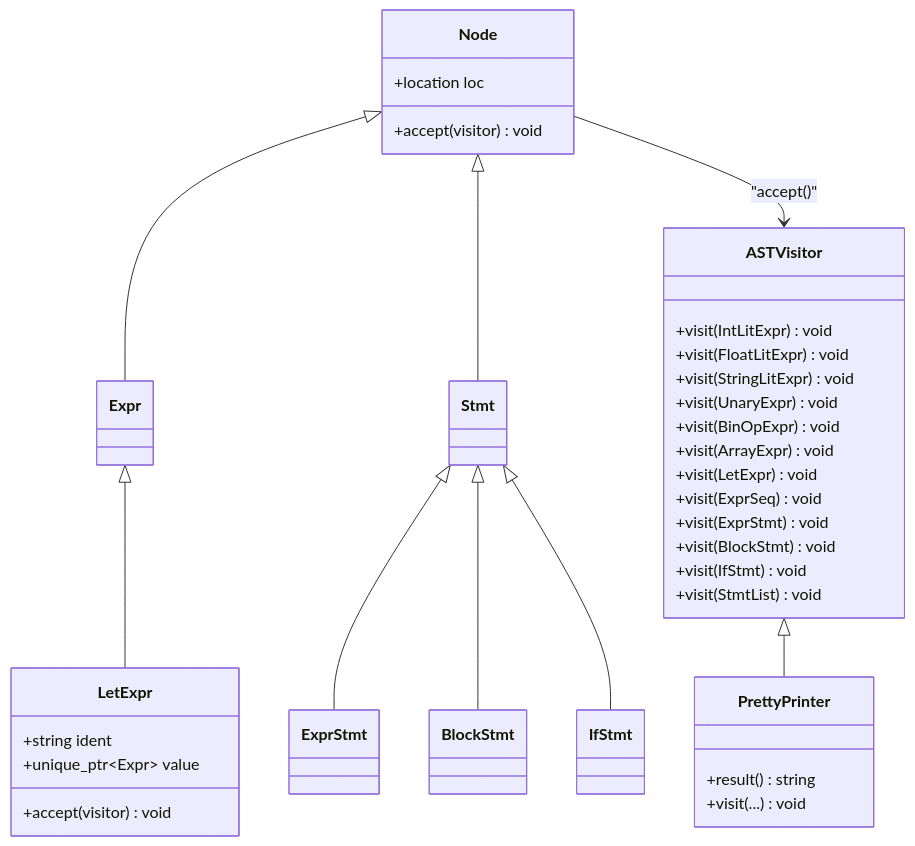
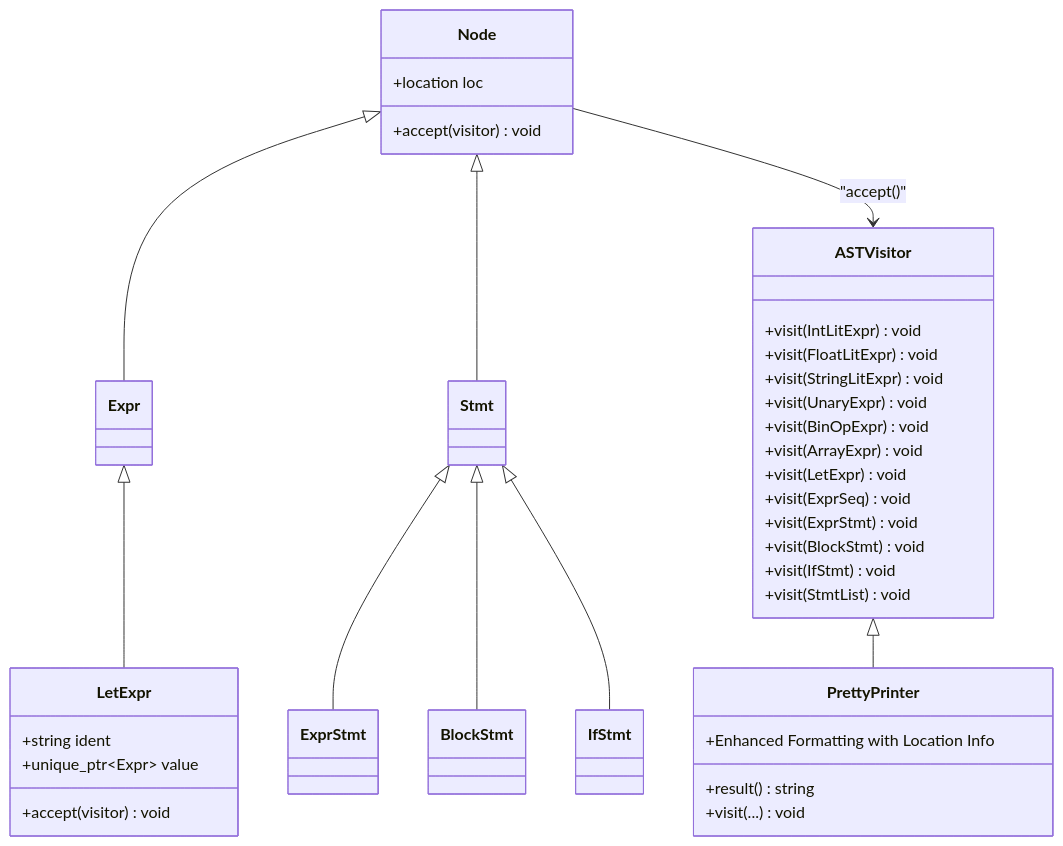
The fifth of 5 diagrams in .qoder/repowiki/en/content/Testing Framework.md (littlebirds/modern_bision), drawn with Mermaid before and after one commit. The commit also changed other lines of this file and 3 other files, not shown here.

````diff
--- a/.qoder/repowiki/en/content/Testing Framework.md
+++ b/.qoder/repowiki/en/content/Testing Framework.md
@@ -280,43 +295,44 @@
 ```mermaid
 classDiagram
 class Node {
 +location loc
 +accept(visitor) void
 }
 class Expr
 class Stmt
 class ExprStmt
 class BlockStmt
 class IfStmt
 class LetExpr {
 +string ident
 +unique_ptr~Expr~ value
 +accept(visitor) void
 }
 class ASTVisitor {
 +visit(IntLitExpr) void
 +visit(FloatLitExpr) void
 +visit(StringLitExpr) void
 +visit(UnaryExpr) void
 +visit(BinOpExpr) void
 +visit(ArrayExpr) void
 +visit(LetExpr) void
 +visit(ExprSeq) void
 +visit(ExprStmt) void
 +visit(BlockStmt) void
 +visit(IfStmt) void
 +visit(StmtList) void
 }
 class PrettyPrinter {
 +result() string
 +visit(...) void
++Enhanced Formatting with Location Info
 }
 Node <|-- Expr
 Node <|-- Stmt
 Stmt <|-- ExprStmt
 Stmt <|-- BlockStmt
 Stmt <|-- IfStmt
 Expr <|-- LetExpr
 ASTVisitor <|-- PrettyPrinter
 Node --> ASTVisitor : "accept()"
 ```
````
